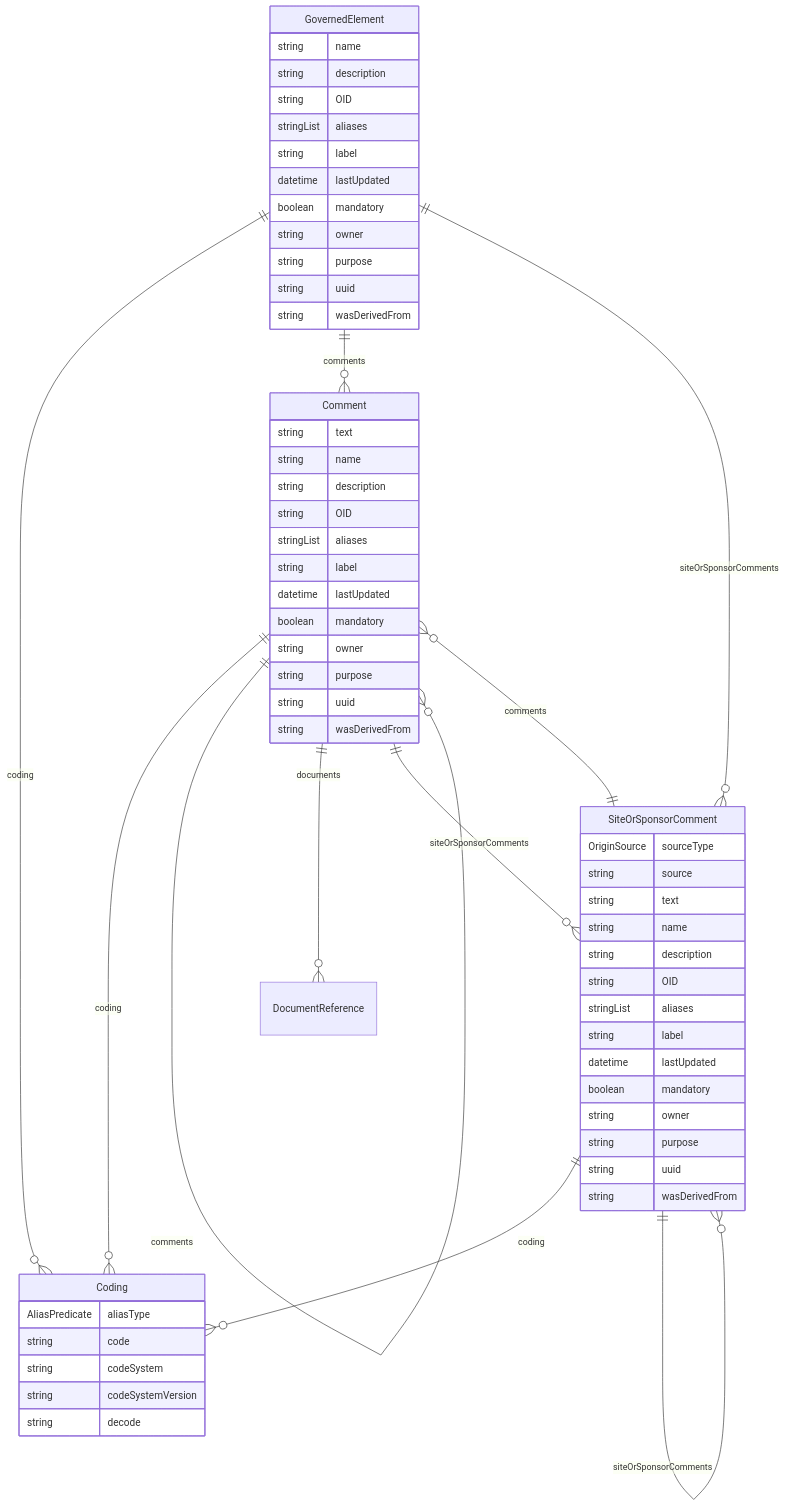
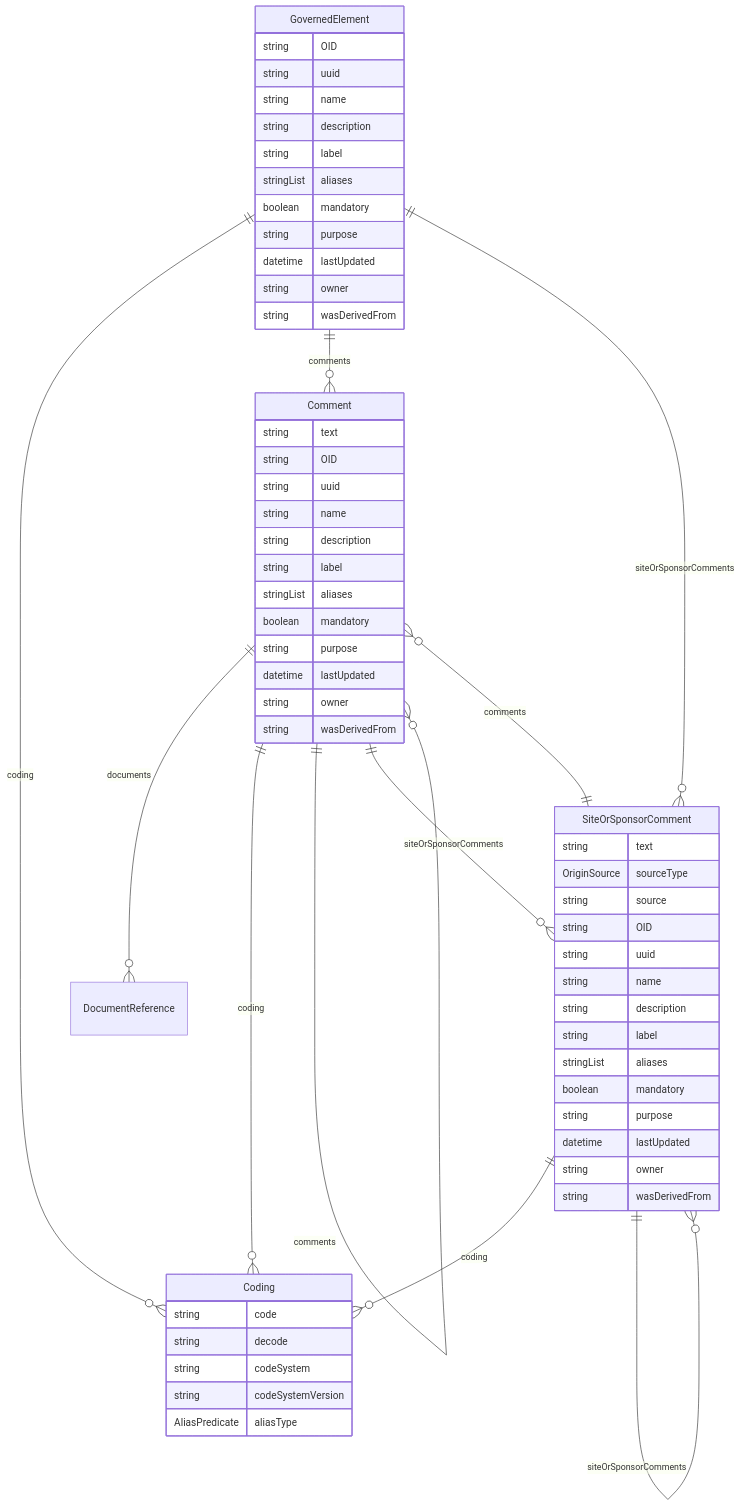
Before and after one commit to cdisc-org/DataExchange-DDS: the diagram in docs/classes/GovernedElement.md, drawn with Mermaid. The commit also changed other lines of this file and 313 other files, not shown here.

````diff
--- a/docs/classes/GovernedElement.md
+++ b/docs/classes/GovernedElement.md
@@ -17,65 +12,65 @@
 ```mermaid
 erDiagram
-Coding {
-    AliasPredicate aliasType  
-    string code  
-    string codeSystem  
-    string codeSystemVersion  
-    string decode  
+GovernedElement {
+    string OID  
+    string uuid  
+    string name  
+    string description  
+    string label  
+    stringList aliases  
+    boolean mandatory  
+    string purpose  
+    datetime lastUpdated  
+    string owner  
+    string wasDerivedFrom  
+}
+SiteOrSponsorComment {
+    string text  
+    OriginSource sourceType  
+    string source  
+    string OID  
+    string uuid  
+    string name  
+    string description  
+    string label  
+    stringList aliases  
+    boolean mandatory  
+    string purpose  
+    datetime lastUpdated  
+    string owner  
+    string wasDerivedFrom  
 }
 Comment {
     string text  
+    string OID  
+    string uuid  
     string name  
     string description  
-    string OID  
+    string label  
     stringList aliases  
-    string label  
+    boolean mandatory  
+    string purpose  
     datetime lastUpdated  
-    boolean mandatory  
     string owner  
-    string purpose  
-    string uuid  
     string wasDerivedFrom  
 }
-GovernedElement {
-    string name  
-    string description  
-    string OID  
-    stringList aliases  
-    string label  
-    datetime lastUpdated  
-    boolean mandatory  
-    string owner  
-    string purpose  
-    string uuid  
-    string wasDerivedFrom  
-}
-SiteOrSponsorComment {
-    OriginSource sourceType  
-    string source  
-    string text  
-    string name  
-    string description  
-    string OID  
-    stringList aliases  
-    string label  
-    datetime lastUpdated  
-    boolean mandatory  
-    string owner  
-    string purpose  
-    string uuid  
-    string wasDerivedFrom  
+Coding {
+    string code  
+    string decode  
+    string codeSystem  
+    string codeSystemVersion  
+    AliasPredicate aliasType  
 }
 
-Comment ||--}o Coding : "coding"
-Comment ||--}o Comment : "comments"
-Comment ||--}o DocumentReference : "documents"
-Comment ||--}o SiteOrSponsorComment : "siteOrSponsorComments"
 GovernedElement ||--}o Coding : "coding"
 GovernedElement ||--}o Comment : "comments"
 GovernedElement ||--}o SiteOrSponsorComment : "siteOrSponsorComments"
 SiteOrSponsorComment ||--}o Coding : "coding"
 SiteOrSponsorComment ||--}o Comment : "comments"
 SiteOrSponsorComment ||--}o SiteOrSponsorComment : "siteOrSponsorComments"
+Comment ||--}o DocumentReference : "documents"
+Comment ||--}o Coding : "coding"
+Comment ||--}o Comment : "comments"
+Comment ||--}o SiteOrSponsorComment : "siteOrSponsorComments"
 
 ```
````
